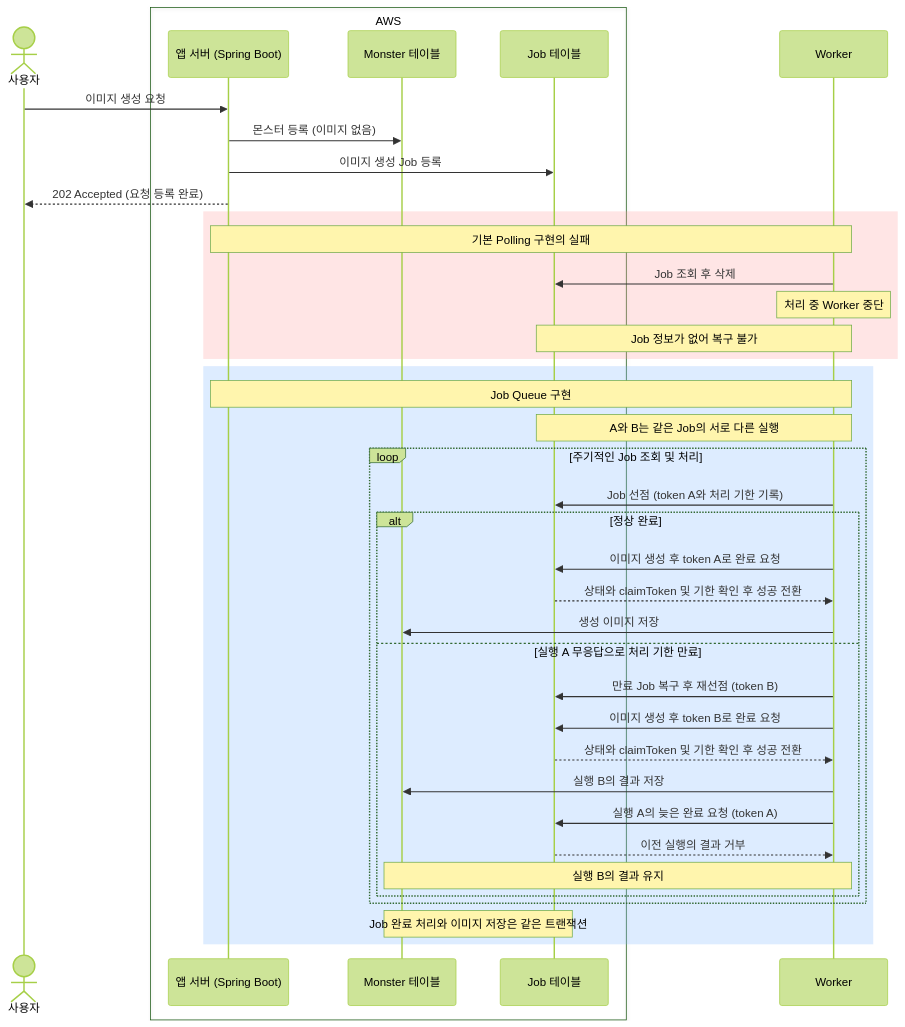
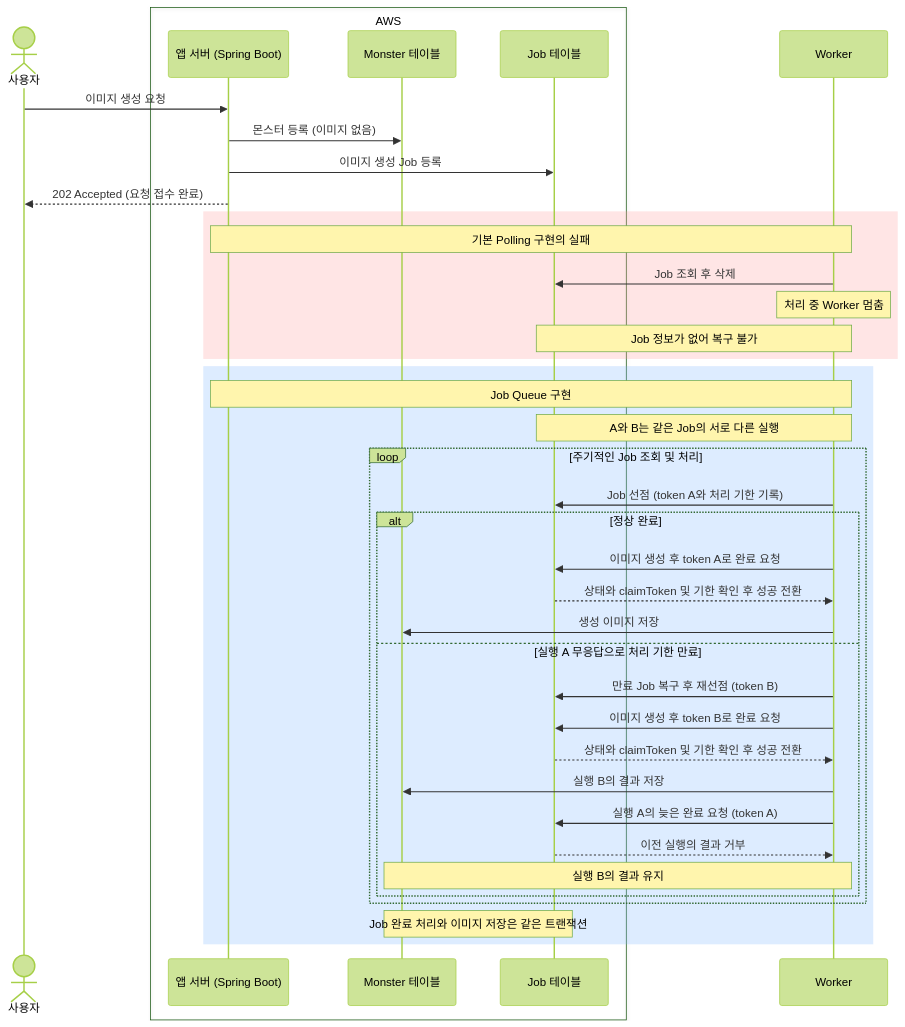
The third of 6 diagrams in LEVEL4-milan.md (woowacourse/woowa-writing), drawn with Mermaid (forest theme) before and after one commit. The commit also changed other lines of this file, not shown here.

````diff
--- a/LEVEL4-milan.md
+++ b/LEVEL4-milan.md
@@ -85,49 +85,49 @@
 ```mermaid
 sequenceDiagram
     actor User as 사용자
 
     box AWS
         participant App as 앱 서버 (Spring Boot)
         participant Monster as Monster 테이블
         participant Job as Job 테이블
     end
 
     participant Worker
 
     User->>App: 이미지 생성 요청
     App->>Monster: 몬스터 등록 (이미지 없음)
     App->>Job: 이미지 생성 Job 등록
-    App-->>User: 202 Accepted (요청 등록 완료)
+    App-->>User: 202 Accepted (요청 접수 완료)
 
     rect rgba(254, 152, 152, 0.25)
         Note over App,Worker: 기본 Polling 구현의 실패
         Worker->>Job: Job 조회 후 삭제
-        Note over Worker: 처리 중 Worker 중단
+        Note over Worker: 처리 중 Worker 멈춤
         Note over Job,Worker: Job 정보가 없어 복구 불가
     end
 
     rect rgba(120, 178, 255, 0.25)
         Note over App,Worker: Job Queue 구현
         Note over Job,Worker: A와 B는 같은 Job의 서로 다른 실행
 
         loop 주기적인 Job 조회 및 처리
             Worker->>Job: Job 선점 (token A와 처리 기한 기록)
 
             alt 정상 완료
                 Worker->>Job: 이미지 생성 후 token A로 완료 요청
                 Job-->>Worker: 상태와 claimToken 및 기한 확인 후 성공 전환
                 Worker->>Monster: 생성 이미지 저장
             else 실행 A 무응답으로 처리 기한 만료
                 Worker->>Job: 만료 Job 복구 후 재선점 (token B)
                 Worker->>Job: 이미지 생성 후 token B로 완료 요청
                 Job-->>Worker: 상태와 claimToken 및 기한 확인 후 성공 전환
                 Worker->>Monster: 실행 B의 결과 저장
                 Worker->>Job: 실행 A의 늦은 완료 요청 (token A)
                 Job-->>Worker: 이전 실행의 결과 거부
                 Note over Monster,Worker: 실행 B의 결과 유지
             end
         end
 
         Note over Monster,Job: Job 완료 처리와 이미지 저장은 같은 트랜잭션
     end
 ```
````
